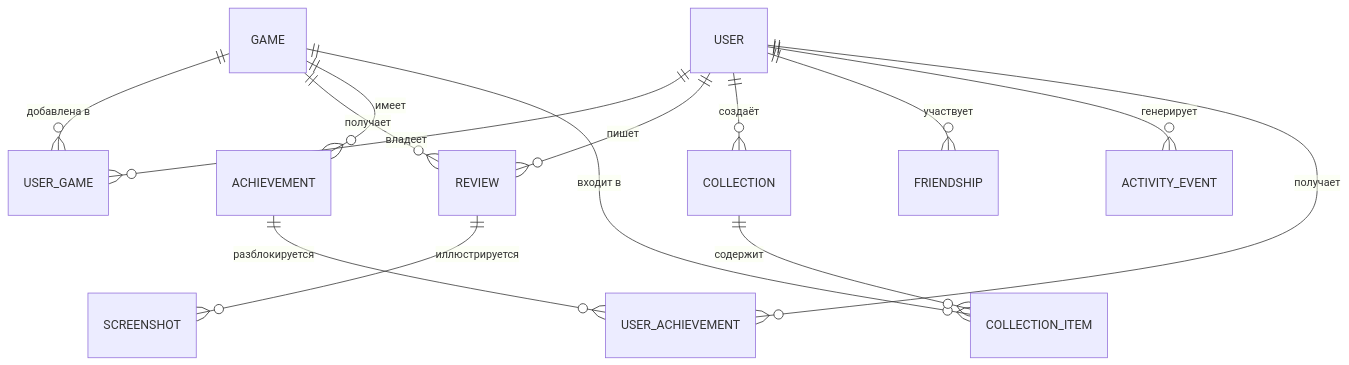
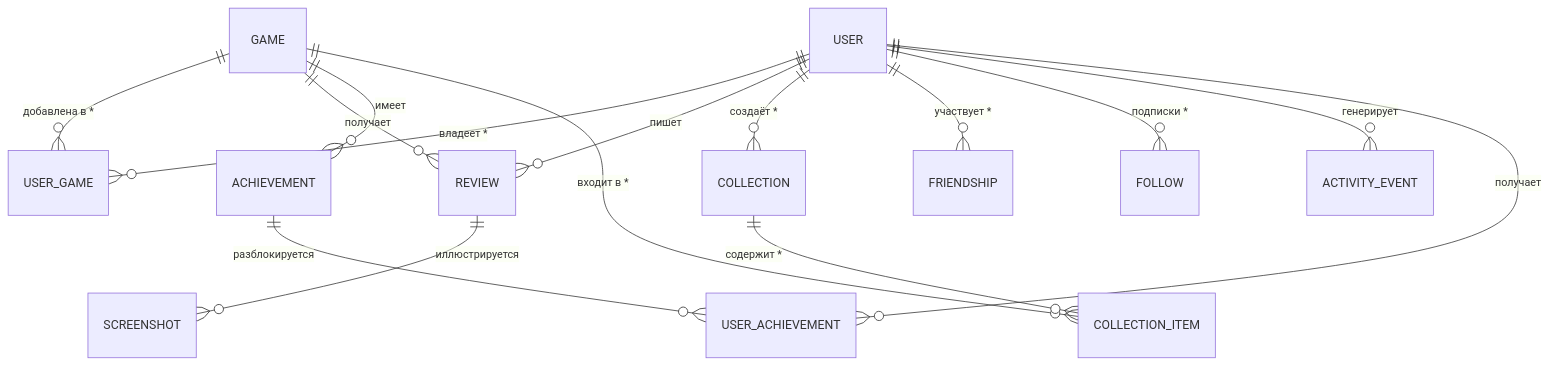
The diagram in docs/04-data-model.md (wapssess-gif/gamehub), drawn with Mermaid before and after one commit. The commit also changed other lines of this file and 9 other files, not shown here.

````diff
--- a/docs/04-data-model.md
+++ b/docs/04-data-model.md
@@ -159,18 +168,19 @@
 ```mermaid
 erDiagram
-    USER ||--o{ USER_GAME : "владеет"
+    USER ||--o{ USER_GAME : "владеет *"
     USER ||--o{ REVIEW : "пишет"
-    USER ||--o{ COLLECTION : "создаёт"
-    USER ||--o{ FRIENDSHIP : "участвует"
+    USER ||--o{ COLLECTION : "создаёт *"
+    USER ||--o{ FRIENDSHIP : "участвует *"
+    USER ||--o{ FOLLOW : "подписки *"
     USER ||--o{ ACTIVITY_EVENT : "генерирует"
     USER ||--o{ USER_ACHIEVEMENT : "получает"
 
-    GAME ||--o{ USER_GAME : "добавлена в"
+    GAME ||--o{ USER_GAME : "добавлена в *"
     GAME ||--o{ REVIEW : "получает"
     GAME ||--o{ ACHIEVEMENT : "имеет"
-    GAME ||--o{ COLLECTION_ITEM : "входит в"
+    GAME ||--o{ COLLECTION_ITEM : "входит в *"
 
-    COLLECTION ||--o{ COLLECTION_ITEM : "содержит"
+    COLLECTION ||--o{ COLLECTION_ITEM : "содержит *"
     REVIEW ||--o{ SCREENSHOT : "иллюстрируется"
     ACHIEVEMENT ||--o{ USER_ACHIEVEMENT : "разблокируется"
 ```
````
